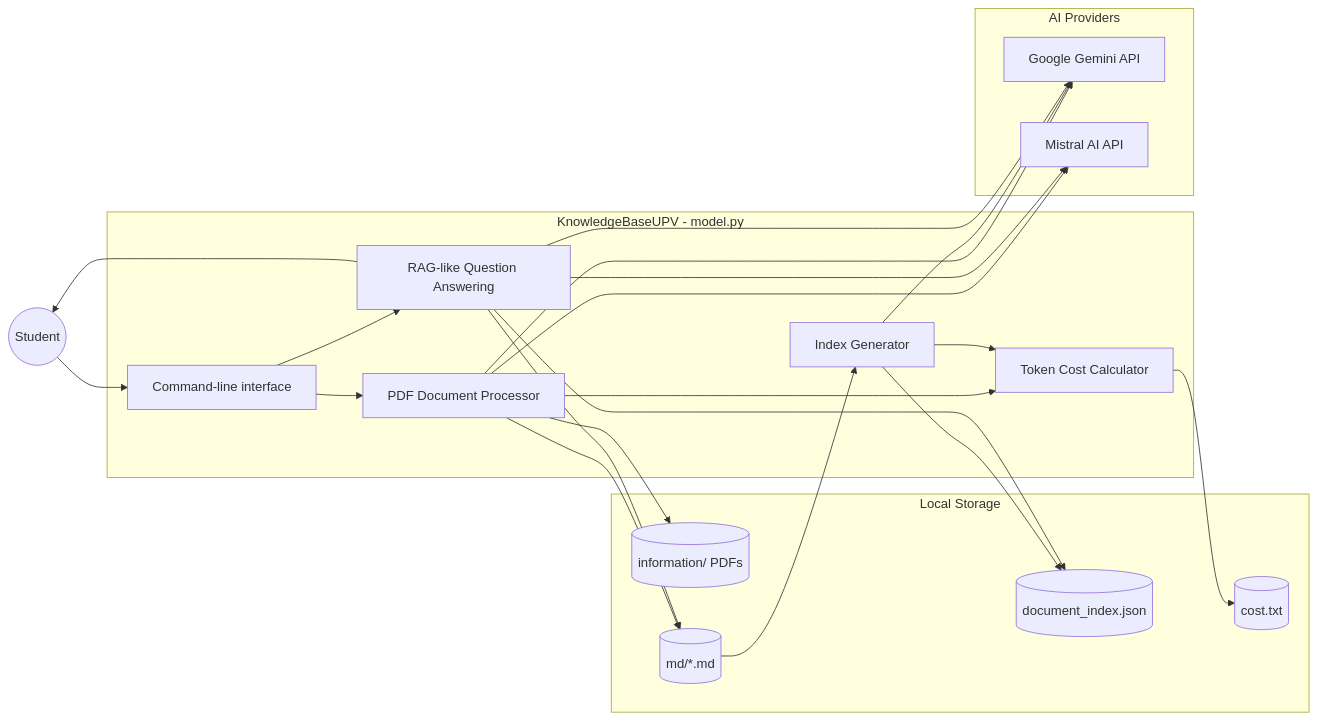
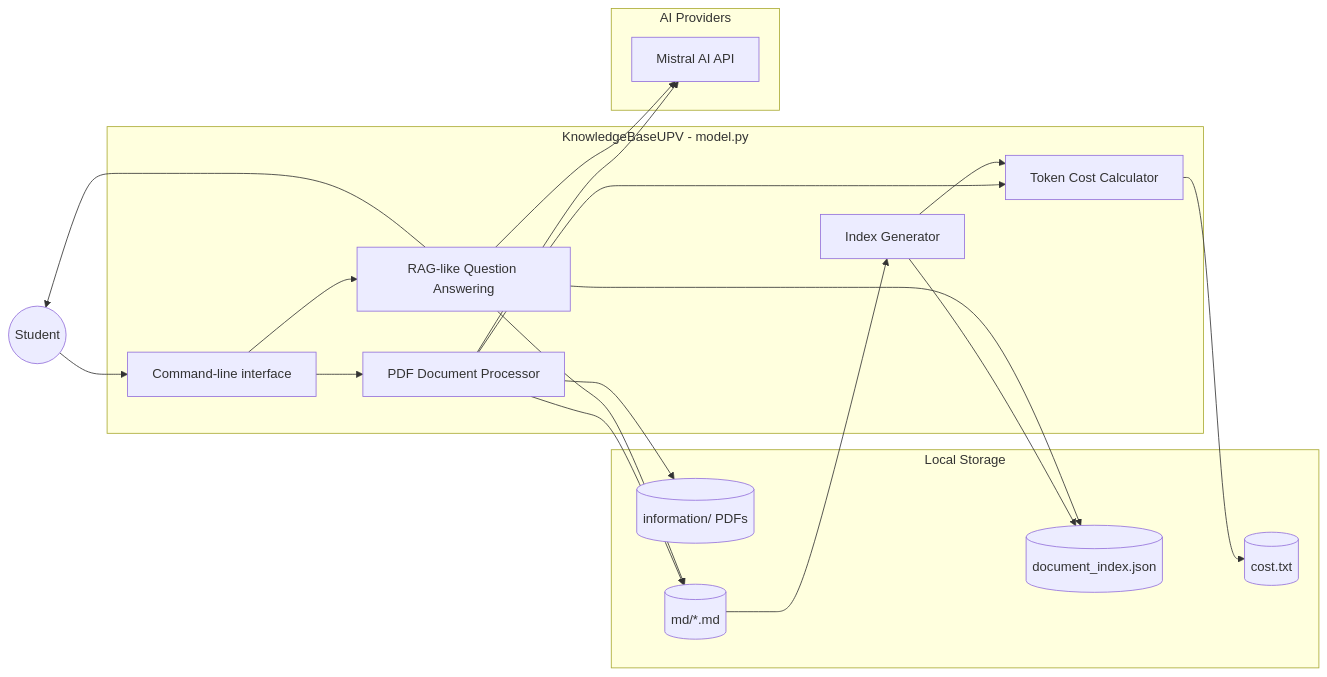
The diagram in worflow.md (Gui232005/KnowledgeBaseUPV), drawn with Mermaid before and after one commit. The commit also changed 1 other file, not shown here.

````diff
--- a/worflow.md
+++ b/worflow.md
@@ -3,48 +3,44 @@
 ```mermaid
 flowchart LR
     User((Student))
 
     subgraph Application["KnowledgeBaseUPV - model.py"]
         CLI[Command-line interface]
         Processor[PDF Document Processor]
         Indexer[Index Generator]
         RAG[RAG-like Question Answering]
         Cost[Token Cost Calculator]
     end
 
     subgraph Storage["Local Storage"]
         PDFs[(information/ PDFs)]
         Notes[(md/*.md)]
         Index[(document_index.json)]
         Costs[(cost.txt)]
     end
 
     subgraph AI["AI Providers"]
-        Gemini[Google Gemini API]
         Mistral[Mistral AI API]
     end
 
     User --> CLI
     CLI --> RAG
     CLI --> Processor
 
     Processor --> PDFs
     Processor --> Mistral
-    Processor --> Gemini
     Processor --> Notes
 
     Notes --> Indexer
-    Indexer --> Gemini
     Indexer --> Index
 
     RAG --> Index
     RAG --> Notes
     RAG --> Mistral
-    RAG --> Gemini
     RAG --> User
 
     Processor --> Cost
     Indexer --> Cost
     Cost --> Costs
 
 ```
````
